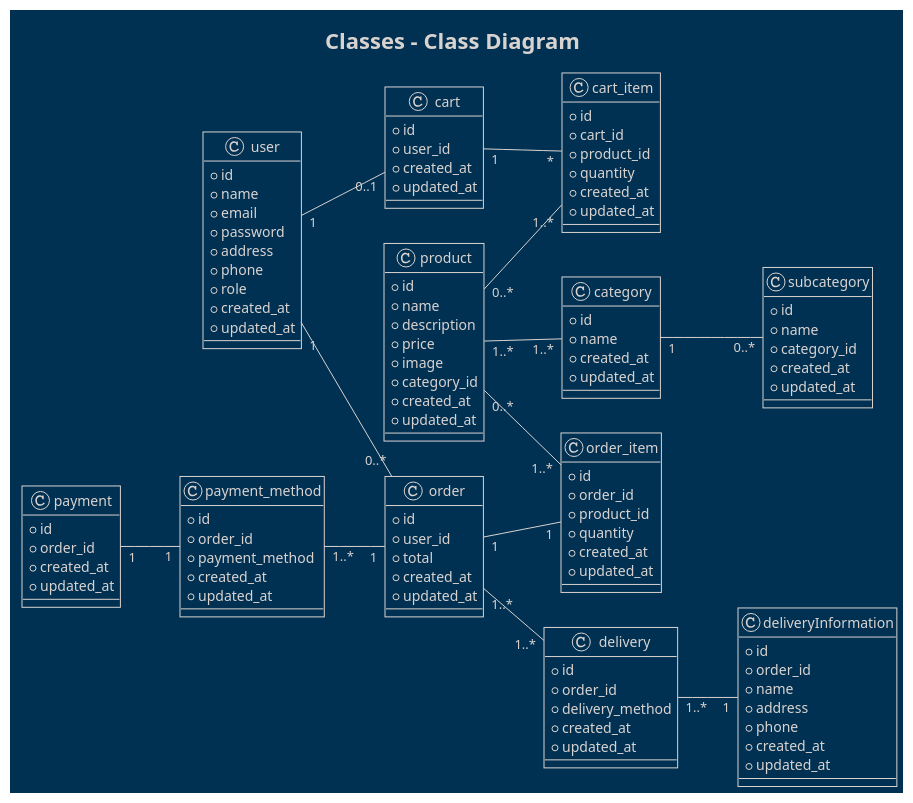
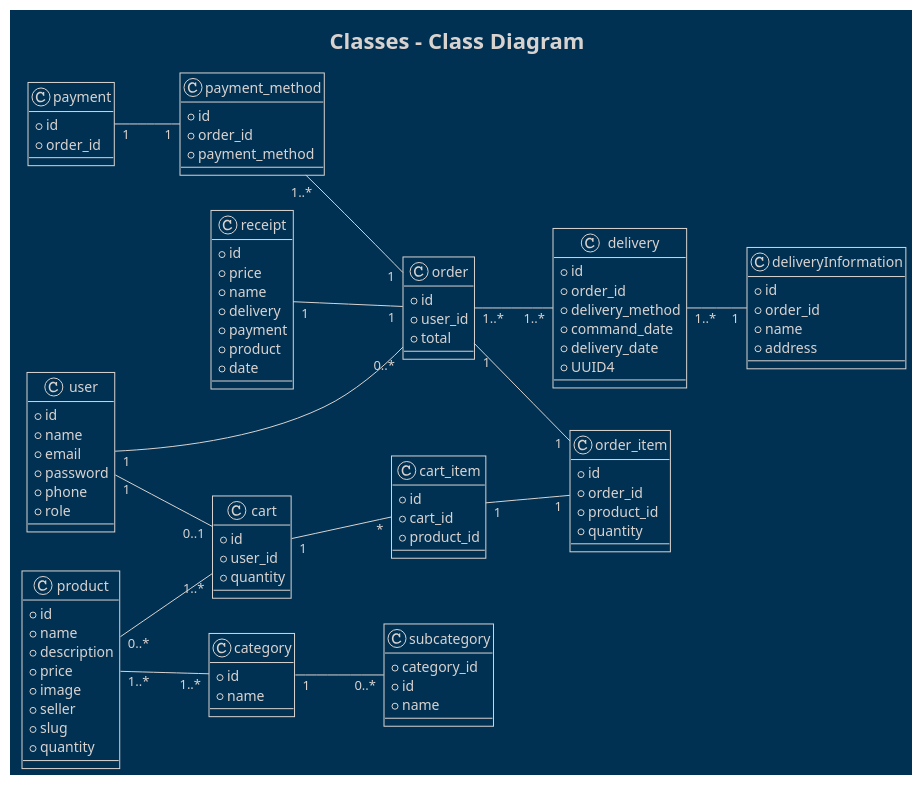
The diagram in diagram/class/database.wsd (Pixeloceax/HarmonyHeaven), drawn with PlantUML before and after one commit.

Commit message:
Feature class diagram

```diff
--- a/diagram/class/database.wsd
+++ b/diagram/class/database.wsd
@@ -1,127 +1,118 @@
 @startuml class diagram
 
 skin rose
 !theme blueprint
 
 left to right direction
 
 title Classes - Class Diagram
 
 class user {
     + id
     + name
     + email
     + password
-    + address
     + phone
     + role
-    + created_at
-    + updated_at
 }
 
 class product {
     + id
     + name
     + description
     + price
     + image
-    + category_id
-    + created_at
-    + updated_at
+    + seller
+    + slug
+    + quantity
+
 }
 
 class category {
     + id
     + name
-    + created_at
-    + updated_at
 }
 
 class subcategory {
+    + category_id
     + id
     + name
-    + category_id
-    + created_at
-    + updated_at
 }
 
 class cart {
     + id
     + user_id
-    + created_at
-    + updated_at
+    + quantity
 }
 
 class cart_item {
     + id
     + cart_id
     + product_id
-    + quantity
-    + created_at
-    + updated_at
 }
 
 class order {
     + id
     + user_id
     + total
-    + created_at
-    + updated_at
 }
 
 class order_item {
     + id
     + order_id
     + product_id
     + quantity
-    + created_at
-    + updated_at
+}
+
+class receipt{
+    +id
+    +price
+    +name
+    +delivery
+    +payment
+    +product
+    +date
 }
 
 class payment_method {
     + id
     + order_id
     + payment_method
-    + created_at
-    + updated_at
 }
 
 class payment {
     + id
     + order_id
-    + created_at
-    + updated_at
 }
 
 class delivery {
     + id
     + order_id
     + delivery_method
-    + created_at
-    + updated_at
+    + command_date 
+    + delivery_date
+    + UUID4
 }
 
 class deliveryInformation {
     + id
     + order_id
     + name
     + address
-    + phone
-    + created_at
-    + updated_at
 }
 
 user "1" -- "0..1" cart
 user "1" -- "0..*" order
 order "1" -- "1" order_item
 order "1..*" -- "1..*" delivery
 delivery "1..*" -- "1" deliveryInformation
 payment_method "1..*" -- "1" order
 payment "1" -- "1" payment_method
 product "1..*" -- "1..*" category
-product "0..*" -- "1..*" cart_item
-product "0..*" -- "1..*" order_item
+product "0..*" -- "1..*" cart
 category "1" -- "0..*" subcategory
+cart_item "1" -- "1" order_item
 cart "1" -- "*" cart_item
+receipt "1" -- "1" order
 
 @enduml
```
